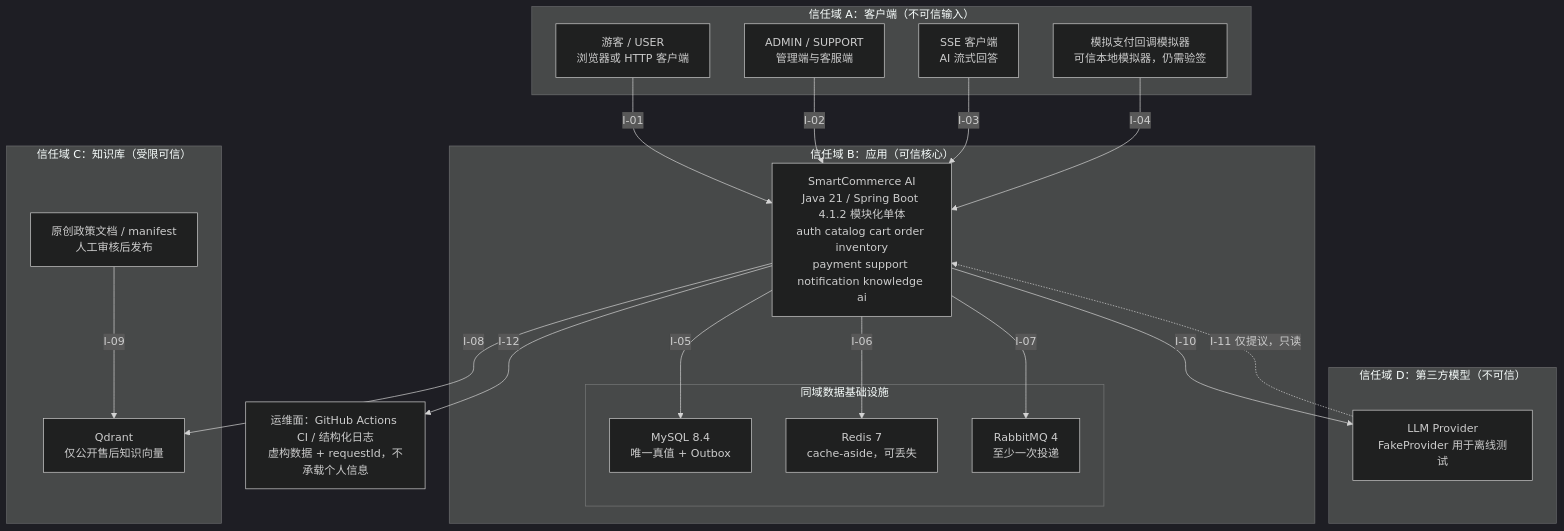
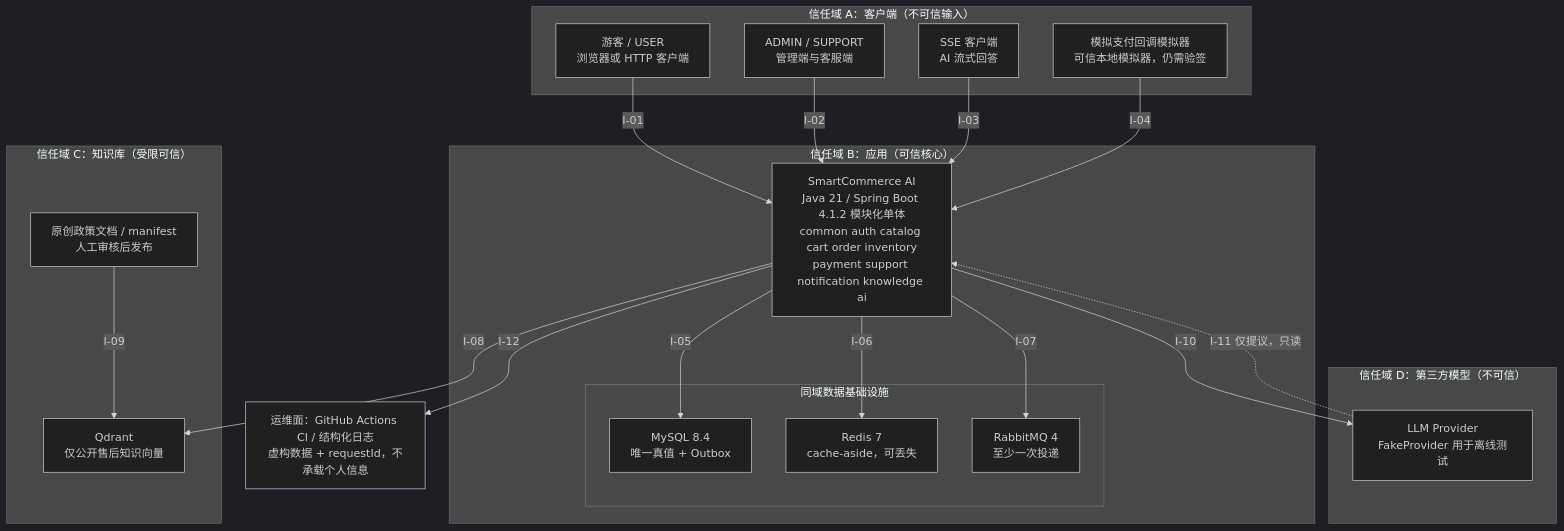
One commit to qwertyhgb/smartcommerce-a changed the first of 2 diagrams in docs/architecture/context.md. Above: the diagram before and after it, drawn with Mermaid (dark theme). The commit also changed other lines of this file and 3 other files, not shown here.

Commit message:
docs(architecture): SC-0102 fix review findings (LLM outflow edge, common module, wording)

````diff
--- a/docs/architecture/context.md
+++ b/docs/architecture/context.md
@@ -34,42 +34,42 @@
 ```mermaid
 flowchart TB
     subgraph A["信任域 A：客户端（不可信输入）"]
         U1["游客 / USER<br/>浏览器或 HTTP 客户端"]
         U2["ADMIN / SUPPORT<br/>管理端与客服端"]
         SIM["模拟支付回调模拟器<br/>可信本地模拟器，仍需验签"]
         SSE["SSE 客户端<br/>AI 流式回答"]
     end
 
     subgraph B["信任域 B：应用（可信核心）"]
-        SYS["SmartCommerce AI<br/>Java 21 / Spring Boot 4.1.2 模块化单体<br/>auth catalog cart order inventory<br/>payment support notification knowledge ai"]
+        SYS["SmartCommerce AI<br/>Java 21 / Spring Boot 4.1.2 模块化单体<br/>common auth catalog cart order inventory<br/>payment support notification knowledge ai"]
         subgraph INFRA["同域数据基础设施"]
             MY["MySQL 8.4<br/>唯一真值 + Outbox"]
             RD["Redis 7<br/>cache-aside，可丢失"]
             MQ["RabbitMQ 4<br/>至少一次投递"]
         end
     end
 
     subgraph C["信任域 C：知识库（受限可信）"]
         QD["Qdrant<br/>仅公开售后知识向量"]
         KB["原创政策文档 / manifest<br/>人工审核后发布"]
     end
 
     subgraph D["信任域 D：第三方模型（不可信）"]
         LLM["LLM Provider<br/>FakeProvider 用于离线测试"]
     end
 
     OPS["运维面：GitHub Actions CI / 结构化日志<br/>虚构数据 + requestId，不承载个人信息"]
 
     U1 -->|"I-01"| SYS
     U2 -->|"I-02"| SYS
     SSE -->|"I-03"| SYS
     SIM -->|"I-04"| SYS
     SYS -->|"I-05"| MY
     SYS -->|"I-06"| RD
     SYS -->|"I-07"| MQ
     SYS -->|"I-08"| QD
     KB -->|"I-09"| QD
     SYS -->|"I-10"| LLM
     LLM -.->|"I-11 仅提议，只读"| SYS
     SYS -->|"I-12"| OPS
 ```
````
